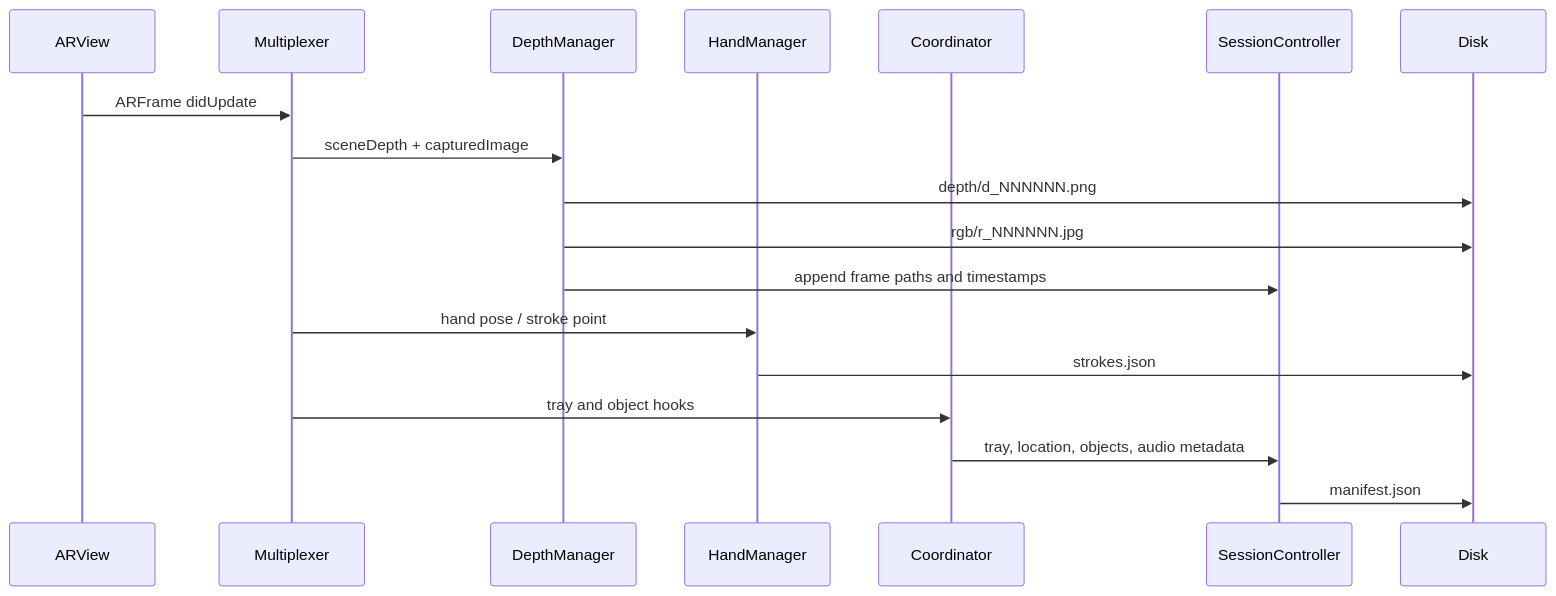
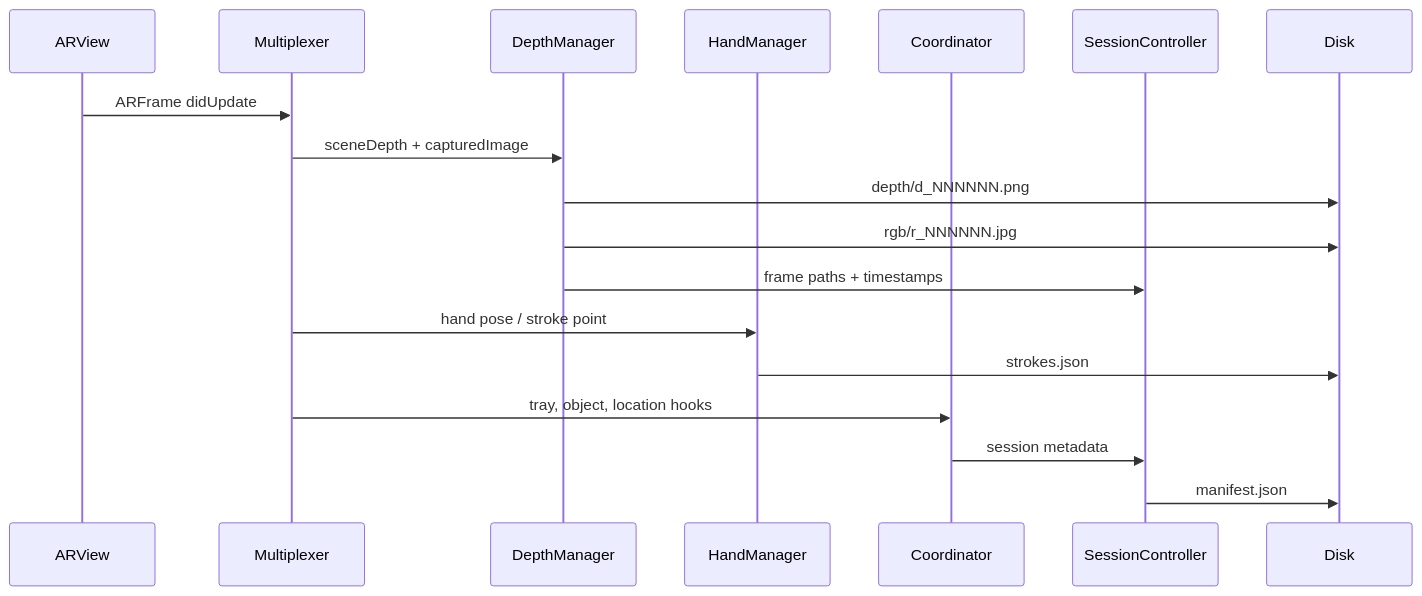
One commit to VijitPugalia/SandStories changed the second of 4 diagrams in README.md. Above: the diagram before and after it, drawn with Mermaid. The commit also changed other lines of this file and 2 other files, not shown here.

````diff
--- a/README.md
+++ b/README.md
@@ -77,21 +72,21 @@
 ```mermaid
 sequenceDiagram
   participant ARView
   participant Multiplexer
   participant DepthManager
   participant HandManager
   participant Coordinator
   participant SessionController
   participant Disk
 
   ARView->>Multiplexer: ARFrame didUpdate
   Multiplexer->>DepthManager: sceneDepth + capturedImage
   DepthManager->>Disk: depth/d_NNNNNN.png
   DepthManager->>Disk: rgb/r_NNNNNN.jpg
-  DepthManager->>SessionController: append frame paths and timestamps
+  DepthManager->>SessionController: frame paths + timestamps
   Multiplexer->>HandManager: hand pose / stroke point
   HandManager->>Disk: strokes.json
-  Multiplexer->>Coordinator: tray and object hooks
-  Coordinator->>SessionController: tray, location, objects, audio metadata
+  Multiplexer->>Coordinator: tray, object, location hooks
+  Coordinator->>SessionController: session metadata
   SessionController->>Disk: manifest.json
 ```
````
